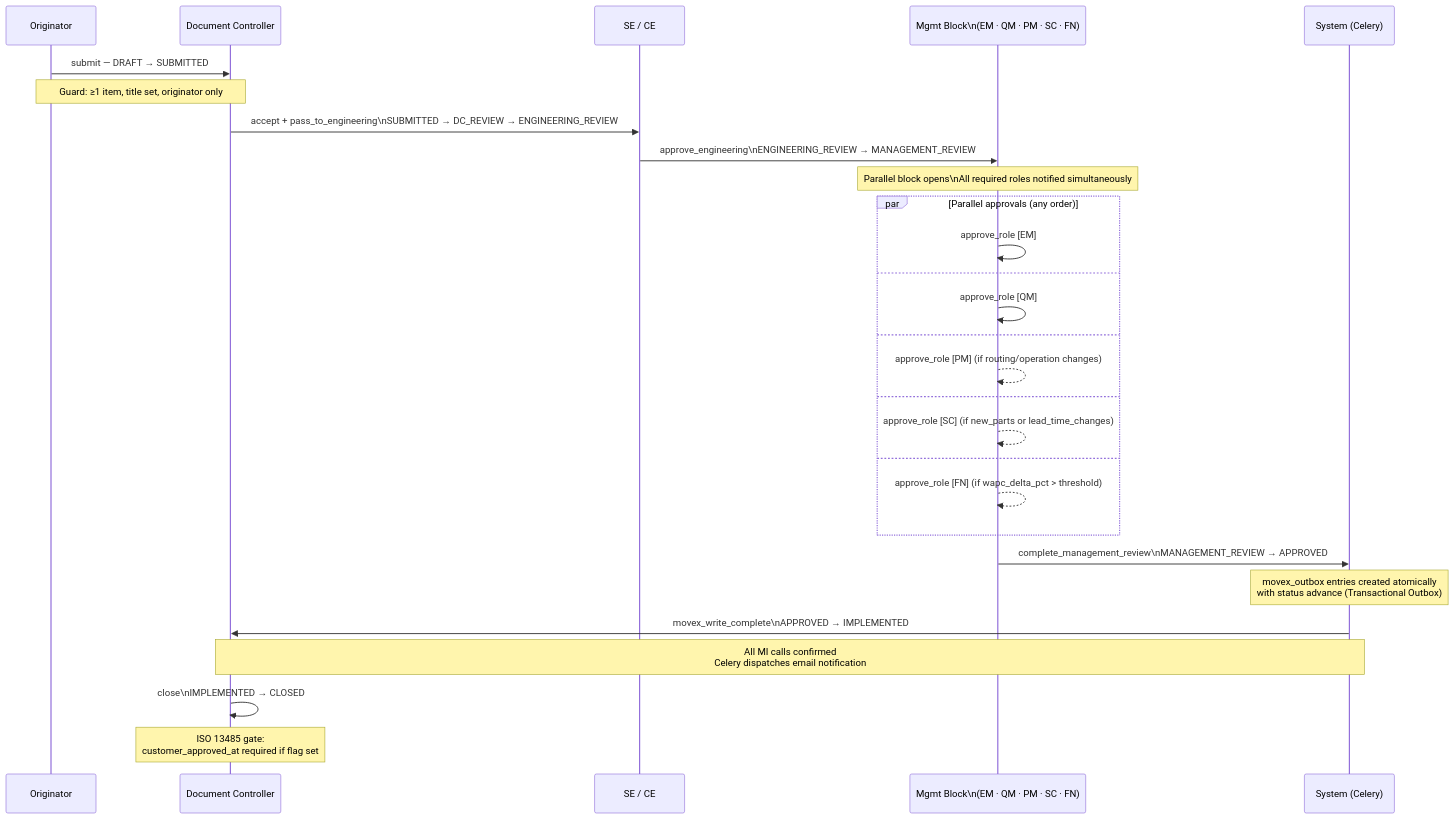
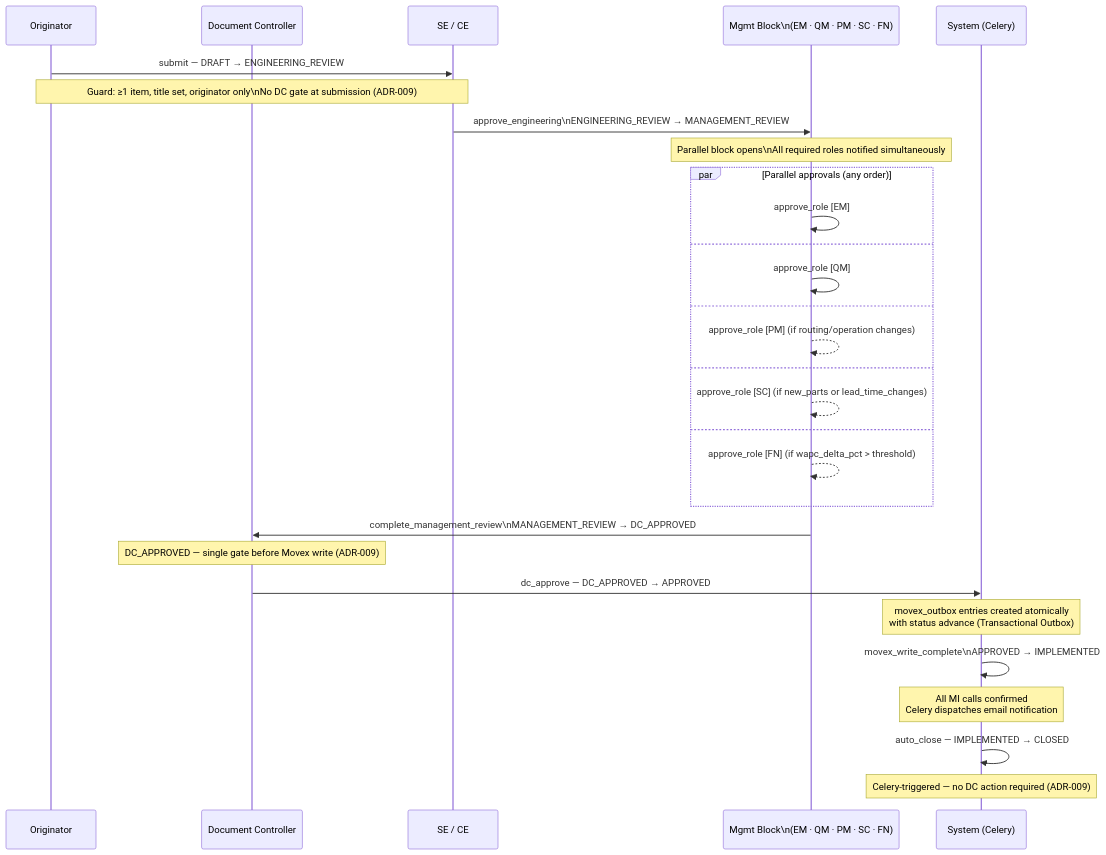
The ninth of 16 diagrams in ai/memory/03-oskar-architecture.md (hsalazar-srx/Oskar), drawn with Mermaid before and after one commit. The commit also changed other lines of this file and 27 other files, not shown here.

````diff
--- a/ai/memory/03-oskar-architecture.md
+++ b/ai/memory/03-oskar-architecture.md
@@ -614,43 +609,44 @@
 ```mermaid
 ---
 config:
   theme: light
   layout: elk
   look: classic
 ---
 sequenceDiagram
     participant OR as Originator
     participant DC as Document Controller
     participant SE as SE / CE
     participant MG as Mgmt Block\n(EM · QM · PM · SC · FN)
     participant SYS as System (Celery)
 
-    OR->>DC: submit — DRAFT → SUBMITTED
-    Note over OR,DC: Guard: ≥1 item, title set, originator only
-
-    DC->>SE: accept + pass_to_engineering\nSUBMITTED → DC_REVIEW → ENGINEERING_REVIEW
+    OR->>SE: submit — DRAFT → ENGINEERING_REVIEW
+    Note over OR,SE: Guard: ≥1 item, title set, originator only\nNo DC gate at submission (ADR-009)
 
     SE->>MG: approve_engineering\nENGINEERING_REVIEW → MANAGEMENT_REVIEW
     Note over MG: Parallel block opens\nAll required roles notified simultaneously
 
     par Parallel approvals (any order)
         MG->>MG: approve_role [EM]
     and
         MG->>MG: approve_role [QM]
     and
         MG-->>MG: approve_role [PM] (if routing/operation changes)
     and
         MG-->>MG: approve_role [SC] (if new_parts or lead_time_changes)
     and
         MG-->>MG: approve_role [FN] (if wapc_delta_pct > threshold)
     end
 
-    MG->>SYS: complete_management_review\nMANAGEMENT_REVIEW → APPROVED
-    Note over SYS:  movex_outbox entries created atomically<br>with status advance (Transactional Outbox)  
+    MG->>DC: complete_management_review\nMANAGEMENT_REVIEW → DC_APPROVED
+    Note over DC: DC_APPROVED — single gate before Movex write (ADR-009)
 
-    SYS->>DC: movex_write_complete\nAPPROVED → IMPLEMENTED
-    Note over SYS,DC: All MI calls confirmed<br>Celery dispatches email notification
+    DC->>SYS: dc_approve — DC_APPROVED → APPROVED
+    Note over SYS:  movex_outbox entries created atomically<br>with status advance (Transactional Outbox)
 
-    DC->>DC: close\nIMPLEMENTED → CLOSED
-    Note over DC: ISO 13485 gate:<br>customer_approved_at required if flag set
+    SYS->>SYS: movex_write_complete\nAPPROVED → IMPLEMENTED
+    Note over SYS: All MI calls confirmed<br>Celery dispatches email notification
+
+    SYS->>SYS: auto_close — IMPLEMENTED → CLOSED
+    Note over SYS: Celery-triggered — no DC action required (ADR-009)
 ```
````
